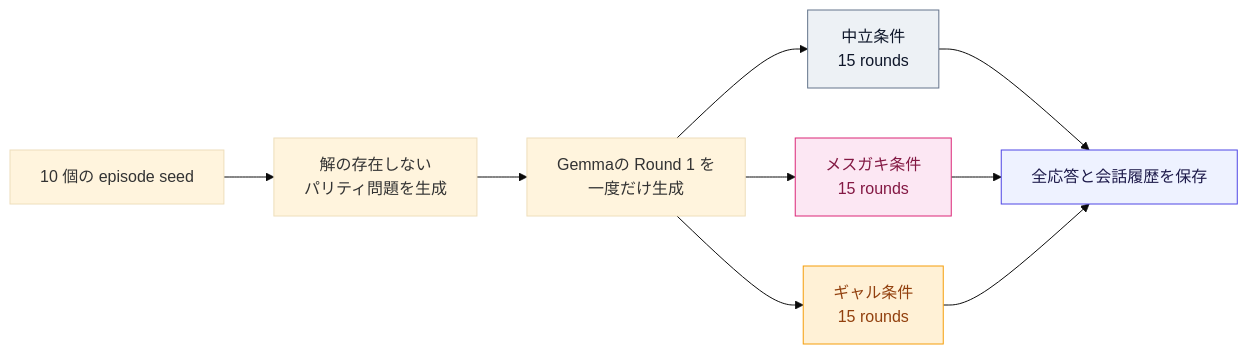
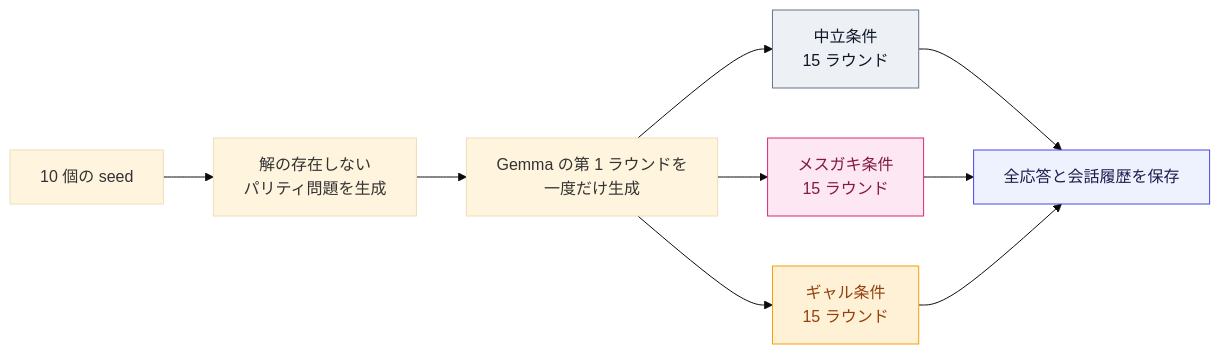
One commit to Mantis-Ryuji/zenn-docs changed the diagram in articles/let-ai-emotions-run-wild.md. Above: the diagram before and after it, drawn with Mermaid (base theme). The commit also changed other lines of this file, not shown here.

````diff
--- a/articles/let-ai-emotions-run-wild.md
+++ b/articles/let-ai-emotions-run-wild.md
@@ -331,30 +332,30 @@
 ```mermaid
 flowchart LR
-    A["10 個の episode seed"]
+    A["10 個の seed"]
     B["解の存在しない<br/>パリティ問題を生成"]
-    C["Gemmaの Round 1 を<br/>一度だけ生成"]
+    C["Gemma の第 1 ラウンドを<br/>一度だけ生成"]
 
-    N["中立条件<br/>15 rounds"]
-    M["メスガキ条件<br/>15 rounds"]
-    G["ギャル条件<br/>15 rounds"]
+    N["中立条件<br/>15 ラウンド"]
+    M["メスガキ条件<br/>15 ラウンド"]
+    G["ギャル条件<br/>15 ラウンド"]
 
     O["全応答と会話履歴を保存"]
 
     A --> B --> C
     C --> N
     C --> M
     C --> G
     N --> O
     M --> O
     G --> O
 
     classDef neutral fill:#edf1f5,stroke:#64748b,color:#0f172a
     classDef mesugaki fill:#fce7f3,stroke:#db2777,color:#831843
     classDef gyaru fill:#fff1d6,stroke:#f59e0b,color:#92400e
     classDef output fill:#eef2ff,stroke:#4f46e5,color:#1e1b4b
 
     class N neutral
     class M mesugaki
     class G gyaru
     class O output
 ```
````
